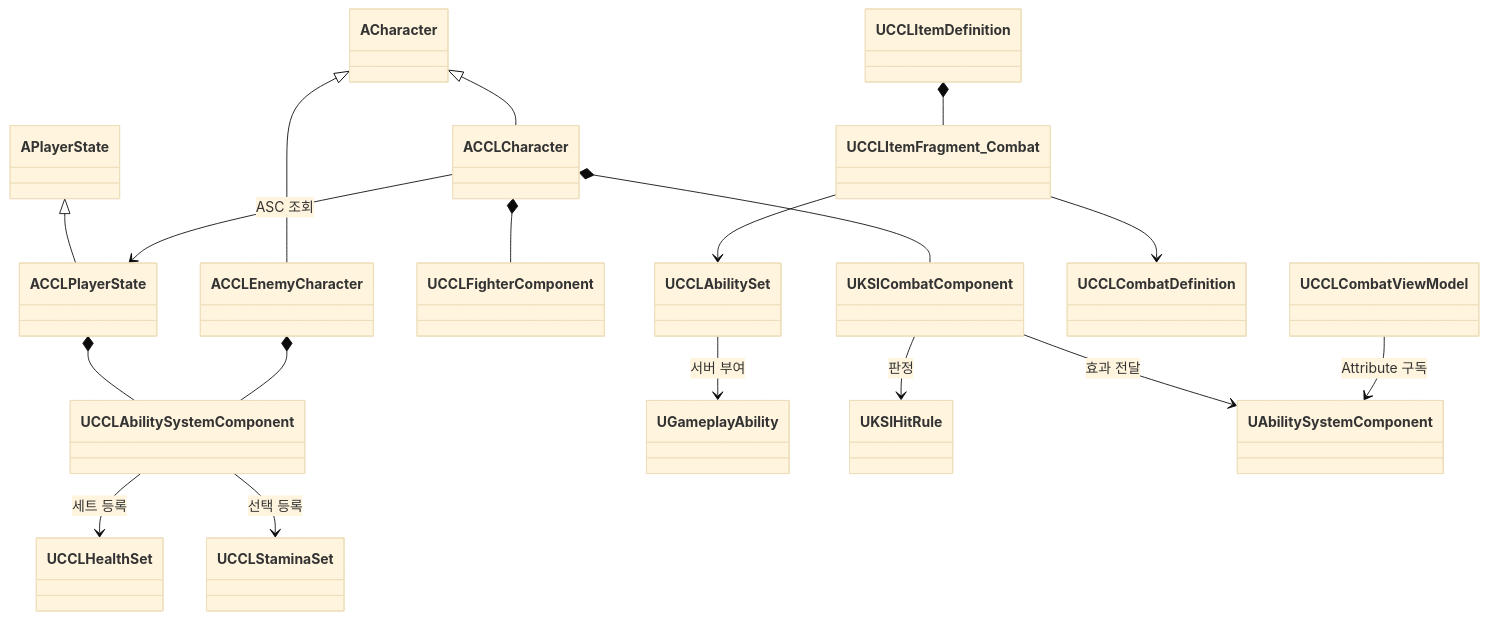
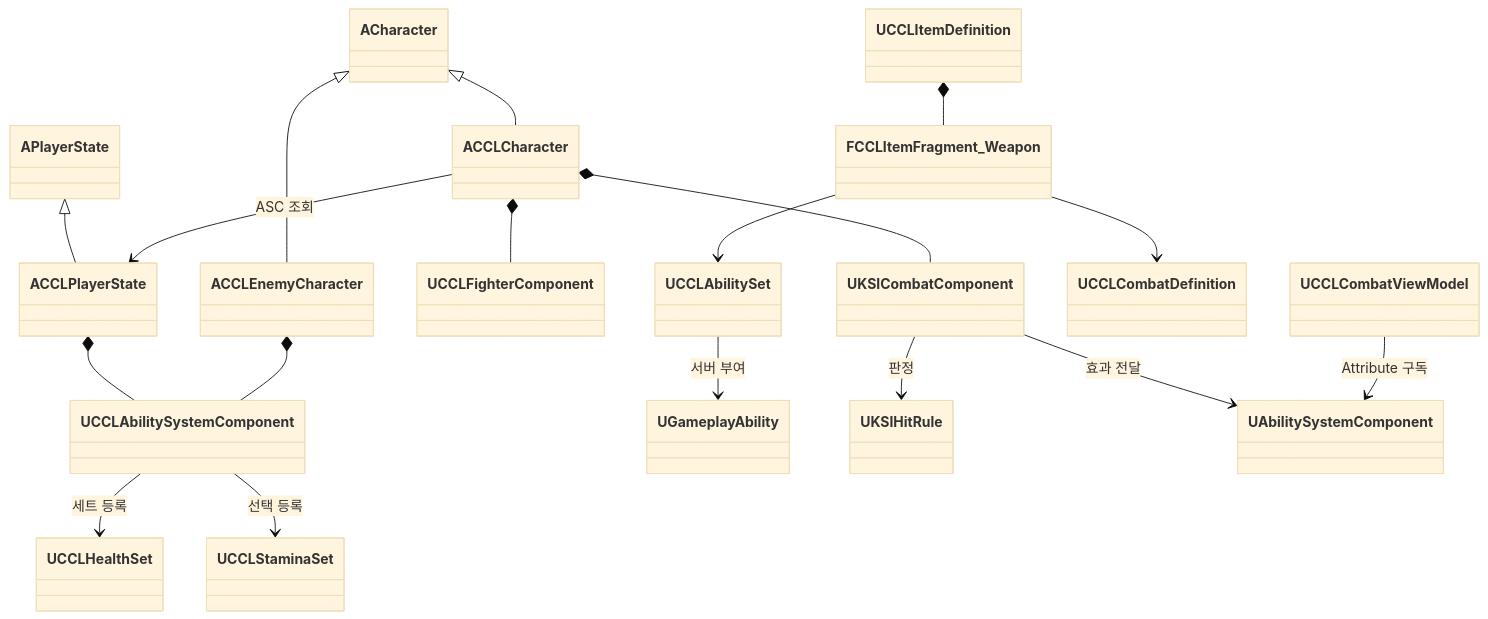
The diagram in Docs/CombatFoundation.md (kang-sihwon/ccl8), drawn with Mermaid (base theme) before and after one commit. The commit also changed other lines of this file, not shown here.

First line of the commit message:
Rewrite CombatFoundation in the new document format

````diff
--- a/Docs/CombatFoundation.md
+++ b/Docs/CombatFoundation.md
@@ -86,20 +86,20 @@
 ```mermaid
 classDiagram
     APlayerState <|-- ACCLPlayerState
     ACharacter <|-- ACCLCharacter
     ACharacter <|-- ACCLEnemyCharacter
     ACCLPlayerState *-- UCCLAbilitySystemComponent
     ACCLEnemyCharacter *-- UCCLAbilitySystemComponent
     ACCLCharacter --> ACCLPlayerState : ASC 조회
     ACCLCharacter *-- UCCLFighterComponent
     ACCLCharacter *-- UKSICombatComponent
     UCCLAbilitySystemComponent --> UCCLHealthSet : 세트 등록
     UCCLAbilitySystemComponent --> UCCLStaminaSet : 선택 등록
     UCCLAbilitySet --> UGameplayAbility : 서버 부여
-    UCCLItemDefinition *-- UCCLItemFragment_Combat
-    UCCLItemFragment_Combat --> UCCLAbilitySet
-    UCCLItemFragment_Combat --> UCCLCombatDefinition
+    UCCLItemDefinition *-- FCCLItemFragment_Weapon
+    FCCLItemFragment_Weapon --> UCCLAbilitySet
+    FCCLItemFragment_Weapon --> UCCLCombatDefinition
     UKSICombatComponent --> UKSIHitRule : 판정
     UKSICombatComponent --> UAbilitySystemComponent : 효과 전달
     UCCLCombatViewModel --> UAbilitySystemComponent : Attribute 구독
 ```
````
